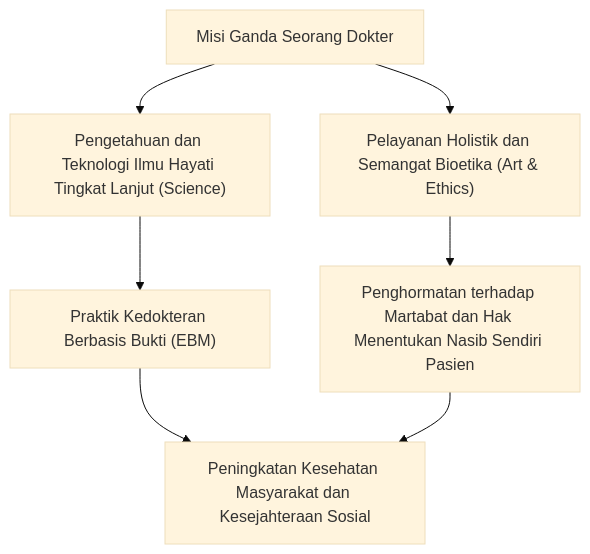
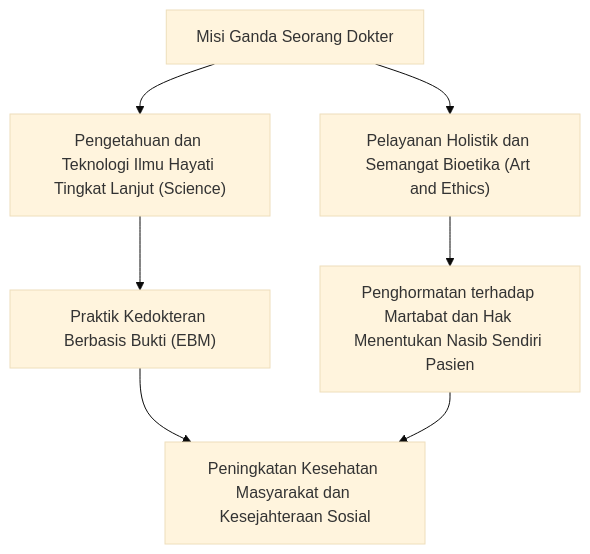
Before and after one commit to kenjinote/blog: the first of 7 diagrams in content/post/medical-doctor-education-qualifications-specialties/index.id.md, drawn with Mermaid (base theme). The commit also changed other lines of this file and 12 other files, not shown here.

Commit message:
fix(medical-doctor): resolve mermaid syntax error in subgraph and fix unrendered bold asterisks

````diff
--- a/content/post/medical-doctor-education-qualifications-specialties/index.id.md
+++ b/content/post/medical-doctor-education-qualifications-specialties/index.id.md
@@ -21,9 +21,9 @@
 ```mermaid
 flowchart TD
     A["Misi Ganda Seorang Dokter"] --> B["Pengetahuan dan Teknologi Ilmu Hayati Tingkat Lanjut (Science)"]
-    A --> C["Pelayanan Holistik dan Semangat Bioetika (Art & Ethics)"]
+    A --> C["Pelayanan Holistik dan Semangat Bioetika (Art and Ethics)"]
     B --> D["Praktik Kedokteran Berbasis Bukti (EBM)"]
     C --> E["Penghormatan terhadap Martabat dan Hak Menentukan Nasib Sendiri Pasien"]
     D --> F["Peningkatan Kesehatan Masyarakat dan Kesejahteraan Sosial"]
     E --> F
 ```
````
